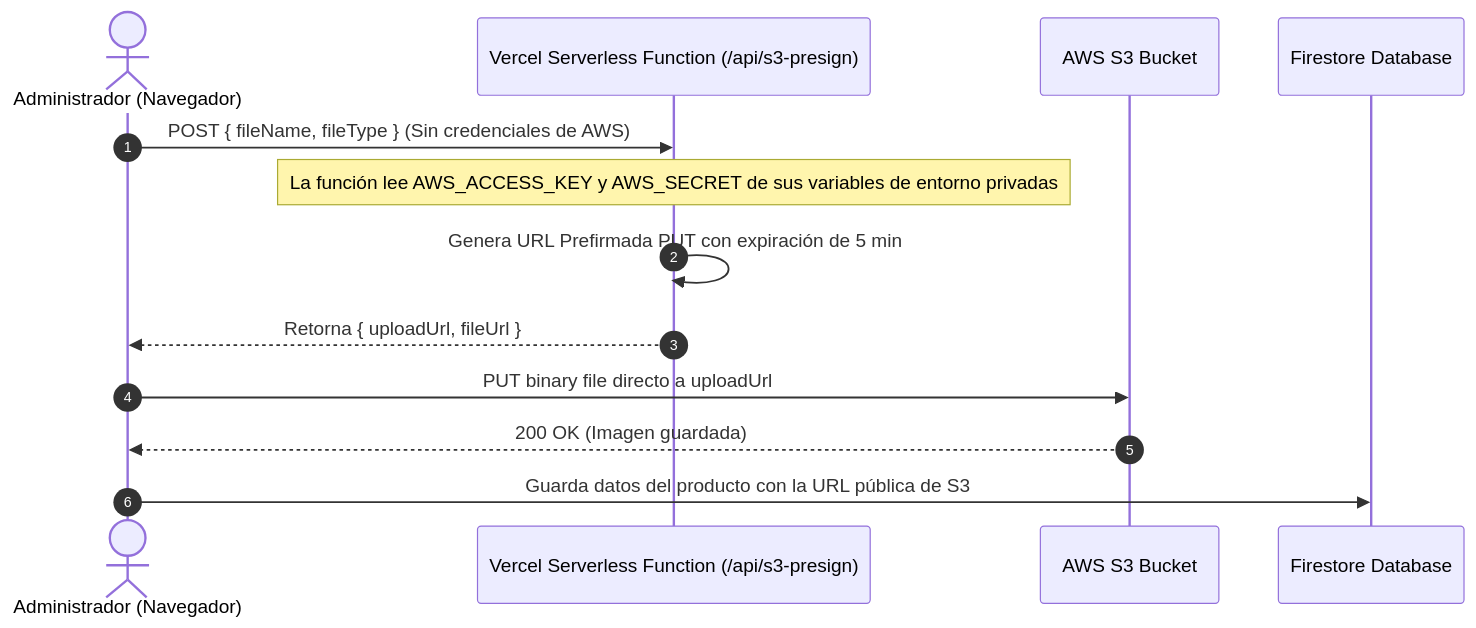
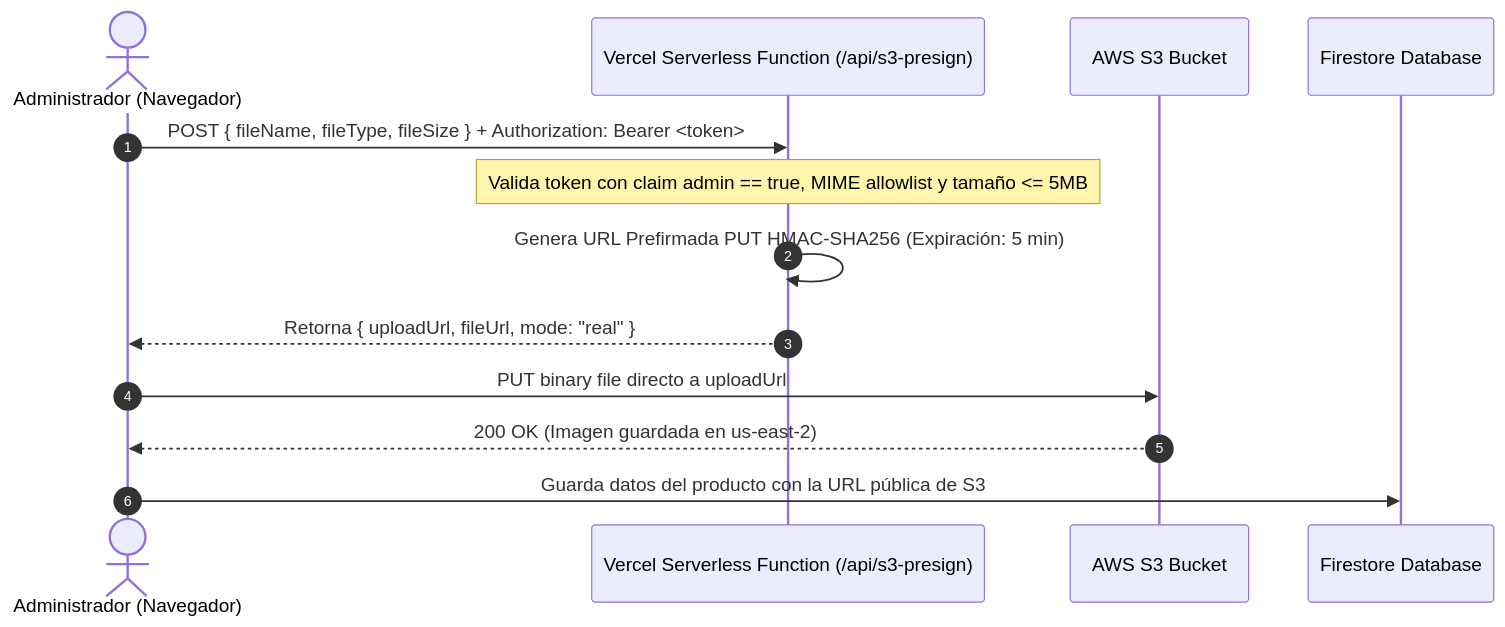
Before and after one commit to Stivenzbl/henry-m5-ecommerce: the diagram in README.md, drawn with Mermaid. The commit also changed other lines of this file and 2 other files, not shown here.

````diff
--- a/README.md
+++ b/README.md
@@ -105,16 +118,16 @@
 ```mermaid
 sequenceDiagram
     autonumber
     actor Admin as Administrador (Navegador)
     participant Vercel as Vercel Serverless Function (/api/s3-presign)
     participant S3 as AWS S3 Bucket
     participant Firestore as Firestore Database
 
-    Admin->>Vercel: POST { fileName, fileType } (Sin credenciales de AWS)
-    Note over Vercel: La función lee AWS_ACCESS_KEY y AWS_SECRET de sus variables de entorno privadas
-    Vercel->>Vercel: Genera URL Prefirmada PUT con expiración de 5 min
-    Vercel-->>Admin: Retorna { uploadUrl, fileUrl }
+    Admin->>Vercel: POST { fileName, fileType, fileSize } + Authorization: Bearer <token>
+    Note over Vercel: Valida token con claim admin == true, MIME allowlist y tamaño <= 5MB
+    Vercel->>Vercel: Genera URL Prefirmada PUT HMAC-SHA256 (Expiración: 5 min)
+    Vercel-->>Admin: Retorna { uploadUrl, fileUrl, mode: "real" }
     Admin->>S3: PUT binary file directo a uploadUrl
-    S3-->>Admin: 200 OK (Imagen guardada)
+    S3-->>Admin: 200 OK (Imagen guardada en us-east-2)
     Admin->>Firestore: Guarda datos del producto con la URL pública de S3
 ```
````
